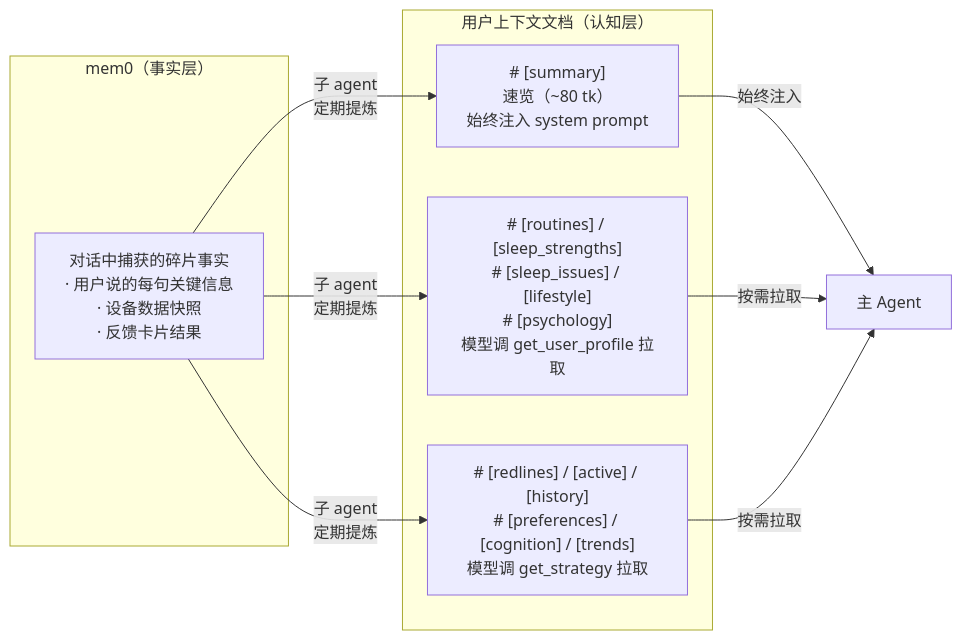
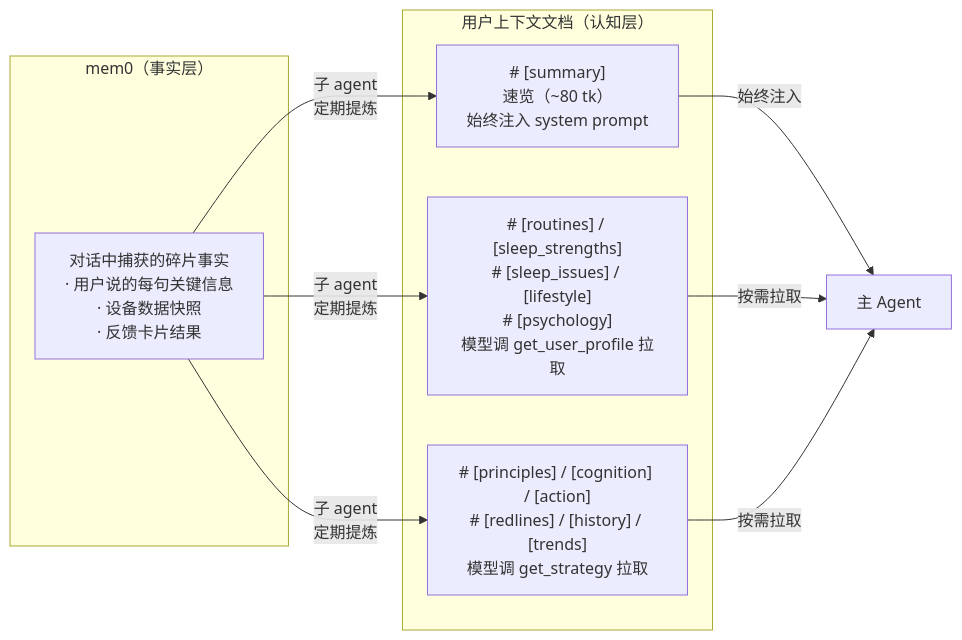
Before and after one commit to Trendolhxh/test: the diagram in isho-agent/03-memory.md, drawn with Mermaid. The commit also changed other lines of this file and 24 other files, not shown here.

````diff
--- a/isho-agent/03-memory.md
+++ b/isho-agent/03-memory.md
@@ -9,19 +9,19 @@
 ```mermaid
 flowchart LR
     subgraph MEM0["mem0（事实层）"]
         M1["对话中捕获的碎片事实\n· 用户说的每句关键信息\n· 设备数据快照\n· 反馈卡片结果"]
     end
 
     subgraph DOC["用户上下文文档（认知层）"]
         D0["# [summary]\n速览（~80 tk）\n始终注入 system prompt"]
         D1["# [routines] / [sleep_strengths]\n# [sleep_issues] / [lifestyle]\n# [psychology]\n模型调 get_user_profile 拉取"]
-        D2["# [redlines] / [active] / [history]\n# [preferences] / [cognition] / [trends]\n模型调 get_strategy 拉取"]
+        D2["# [principles] / [cognition] / [action]\n# [redlines] / [history] / [trends]\n模型调 get_strategy 拉取"]
     end
 
     M1 -->|"子 agent\n定期提炼"| D0
     M1 -->|"子 agent\n定期提炼"| D1
     M1 -->|"子 agent\n定期提炼"| D2
     D0 -->|"始终注入"| AGENT["主 Agent"]
     D1 -->|"按需拉取"| AGENT
     D2 -->|"按需拉取"| AGENT
 ```
````
